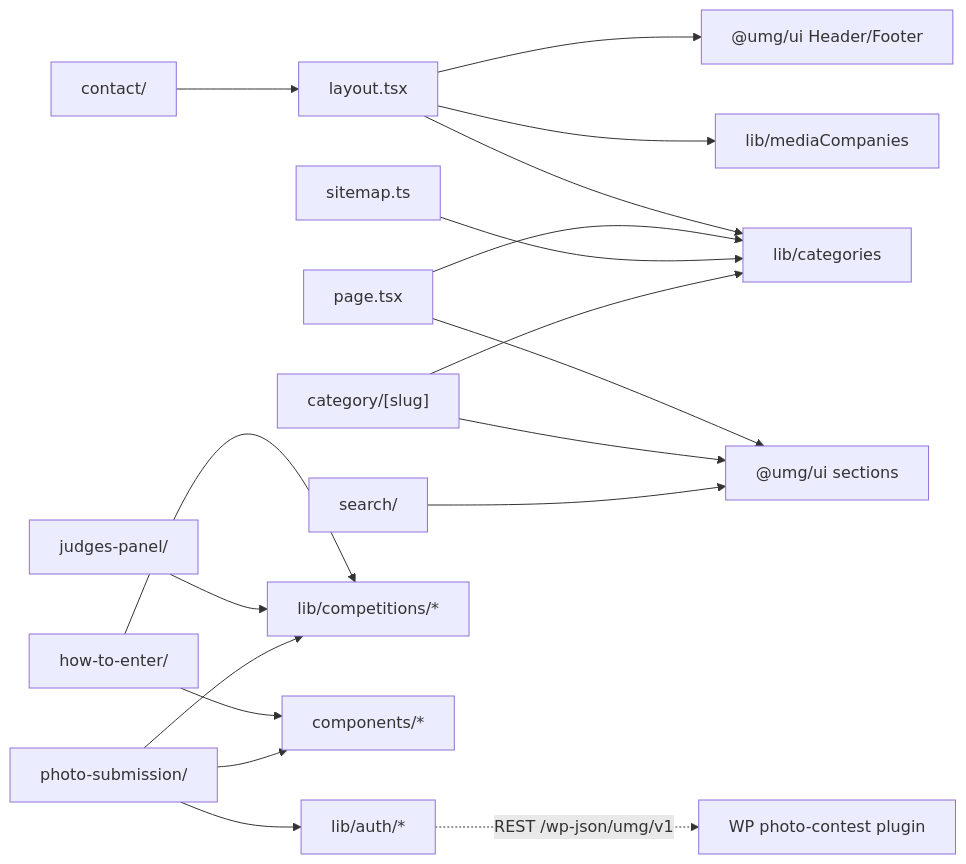
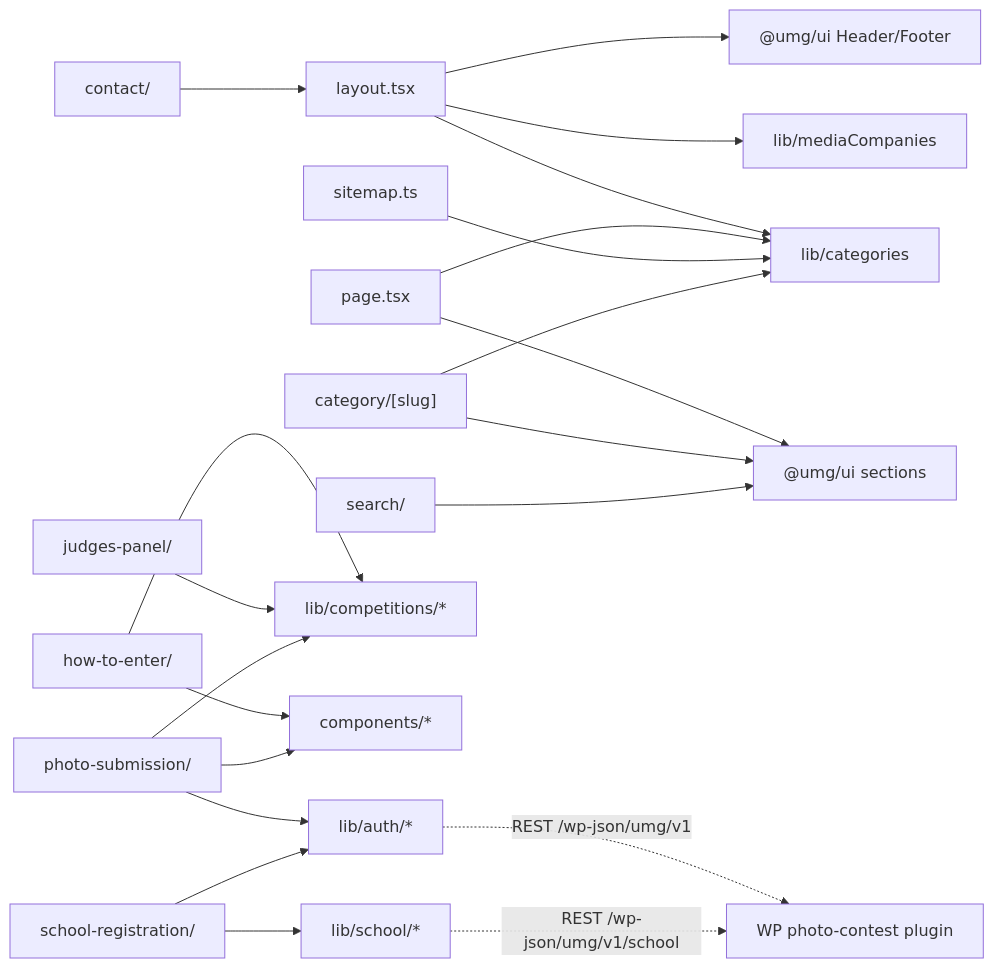
One commit to huuaho/umg-headless changed the diagram in docs/codebase/apps/umg/app/README.md. Above: the diagram before and after it, drawn with Mermaid. The commit also changed other lines of this file and 29 other files, not shown here.

````diff
--- a/docs/codebase/apps/umg/app/README.md
+++ b/docs/codebase/apps/umg/app/README.md
@@ -24,20 +25,23 @@
 ```mermaid
 graph LR
   layout["layout.tsx"] --> cats["lib/categories"]
   layout --> mc["lib/mediaCompanies"]
   layout --> ui["@umg/ui Header/Footer"]
   home["page.tsx"] --> cats
   home --> ui2["@umg/ui sections"]
   sitemap["sitemap.ts"] --> cats
   contact["contact/"] --> layout
   category["category/[slug]"] --> cats
   category --> ui2
   search["search/"] --> ui2
   hte["how-to-enter/"] --> comp["lib/competitions/*"]
   hte --> cmp["components/*"]
   jp["judges-panel/"] --> comp
   ps["photo-submission/"] --> auth["lib/auth/*"]
   ps --> comp
   ps --> cmp
+  sr["school-registration/"] --> auth
+  sr --> schoolLib["lib/school/*"]
   auth -.REST /wp-json/umg/v1.-> plugin["WP photo-contest plugin"]
+  schoolLib -.REST /wp-json/umg/v1/school.-> plugin
 ```
````
